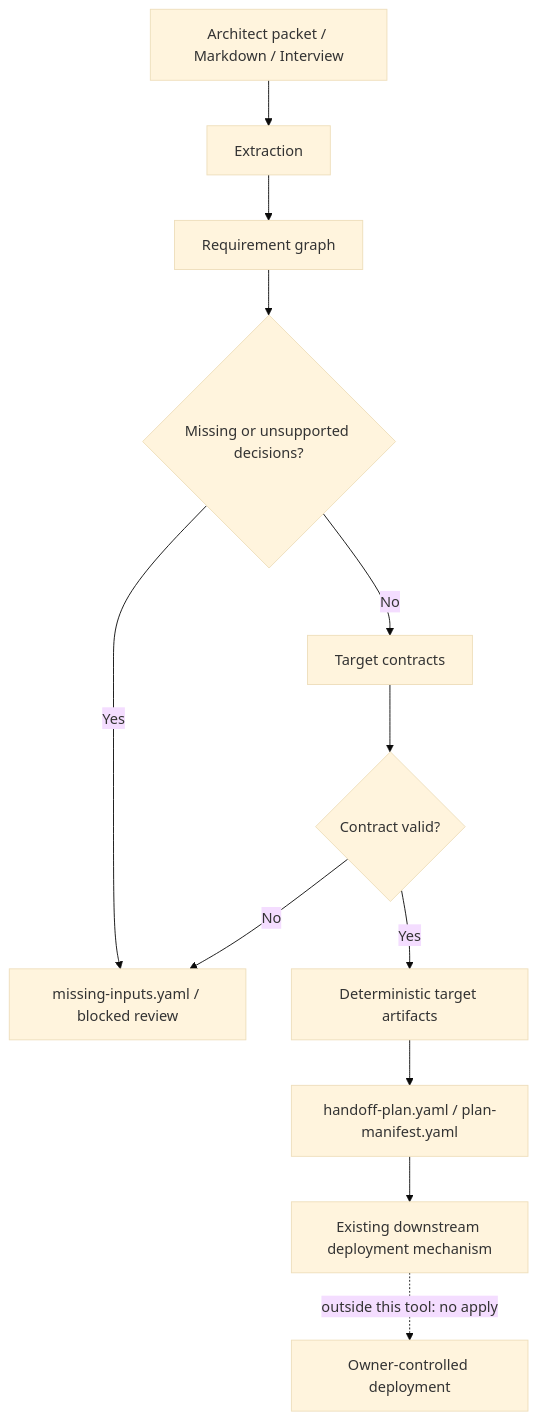
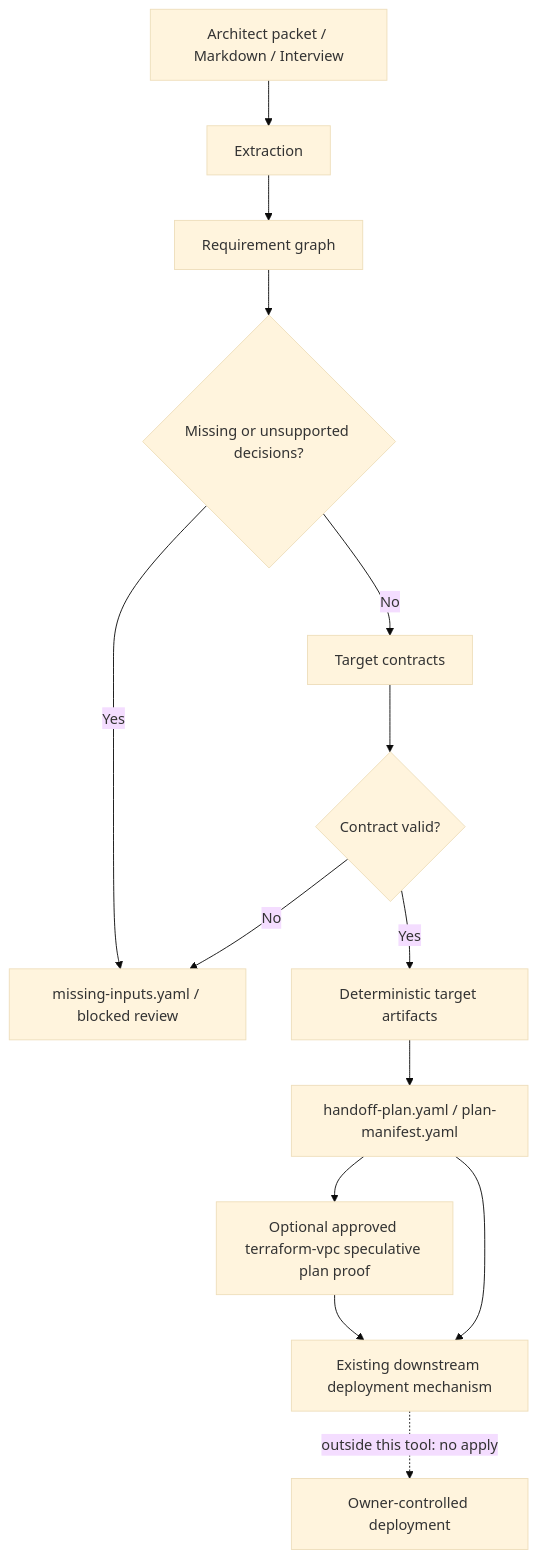
One commit to ersahinco/iac-llm-wrapper changed the diagram in README.md. Above: the diagram before and after it, drawn with Mermaid (base theme). The commit also changed other lines of this file and 32 other files, not shown here.

First line of the commit message:
feat(terraform): prove approved module plans

````diff
--- a/README.md
+++ b/README.md
@@ -48,14 +54,16 @@
 ```mermaid
 flowchart TD
     A["Architect packet / Markdown / Interview"] --> B["Extraction"]
     B --> C["Requirement graph"]
     C --> D{"Missing or unsupported decisions?"}
     D -- "Yes" --> E["missing-inputs.yaml / blocked review"]
     D -- "No" --> F["Target contracts"]
     F --> G{"Contract valid?"}
     G -- "No" --> E
     G -- "Yes" --> H["Deterministic target artifacts"]
     H --> I["handoff-plan.yaml / plan-manifest.yaml"]
-    I --> J["Existing downstream deployment mechanism"]
+    I --> P["Optional approved terraform-vpc speculative plan proof"]
+    P --> J["Existing downstream deployment mechanism"]
+    I --> J
     J -. "outside this tool: no apply" .-> K["Owner-controlled deployment"]
 ```
````
